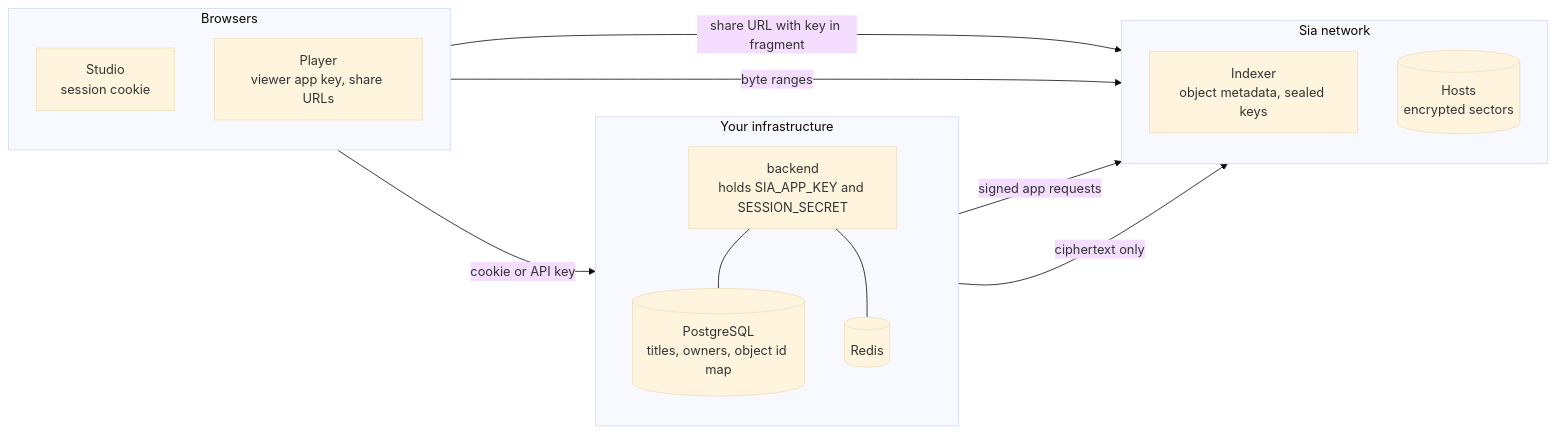
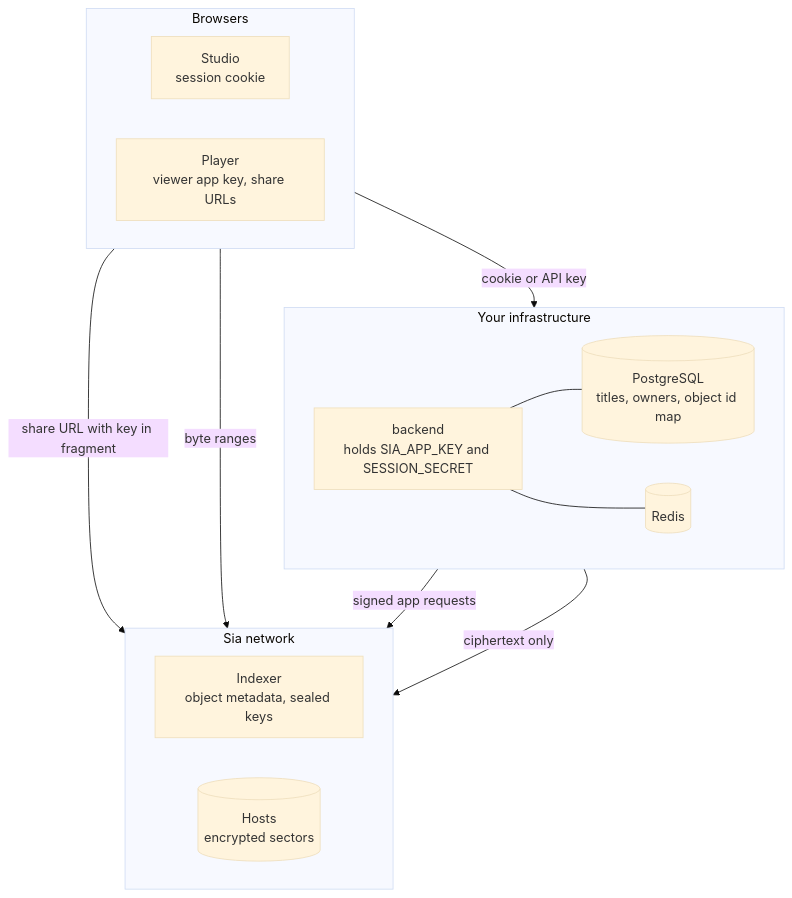
The second of 2 diagrams in docs/architecture/index.md (justmert/Sluby), drawn with Mermaid (base theme) before and after one commit. The commit also changed other lines of this file and 5 other files, not shown here.

Commit message:
lay out the architecture diagrams to fit the content column

````diff
--- a/docs/architecture/index.md
+++ b/docs/architecture/index.md
@@ -72,26 +70,26 @@
 ```mermaid
-flowchart LR
+flowchart TB
   subgraph yours [Your infrastructure]
-    direction TB
+    direction LR
     be["backend<br/>holds SIA_APP_KEY and SESSION_SECRET"]
     db[("PostgreSQL<br/>titles, owners, object id map")]
     rd[(Redis)]
     be --- db
     be --- rd
   end
   subgraph sia [Sia network]
-    direction TB
+    direction LR
     idx["Indexer<br/>object metadata, sealed keys"]
     hst[("Hosts<br/>encrypted sectors")]
   end
   subgraph browsers [Browsers]
-    direction TB
+    direction LR
     st["Studio<br/>session cookie"]
     vw["Player<br/>viewer app key, share URLs"]
   end
   be -- "signed app requests" --> idx
   be -- "ciphertext only" --> hst
   st -- "cookie or API key" --> be
   vw -- "share URL with key in fragment" --> idx
   vw -- "byte ranges" --> hst
 ```
````
